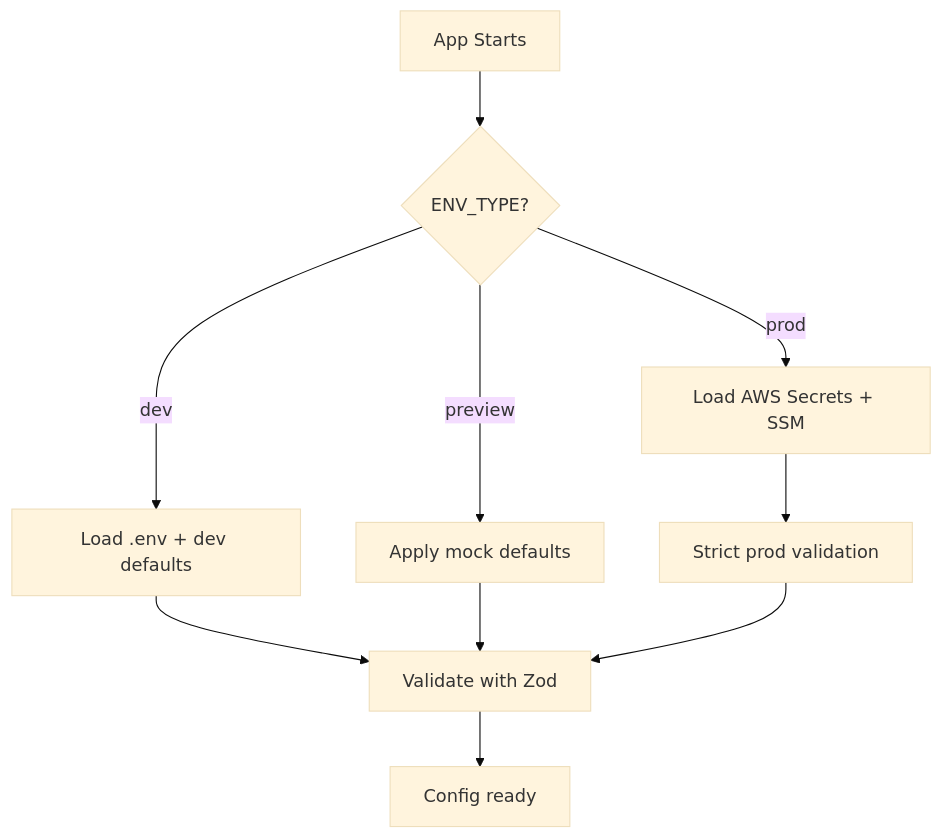
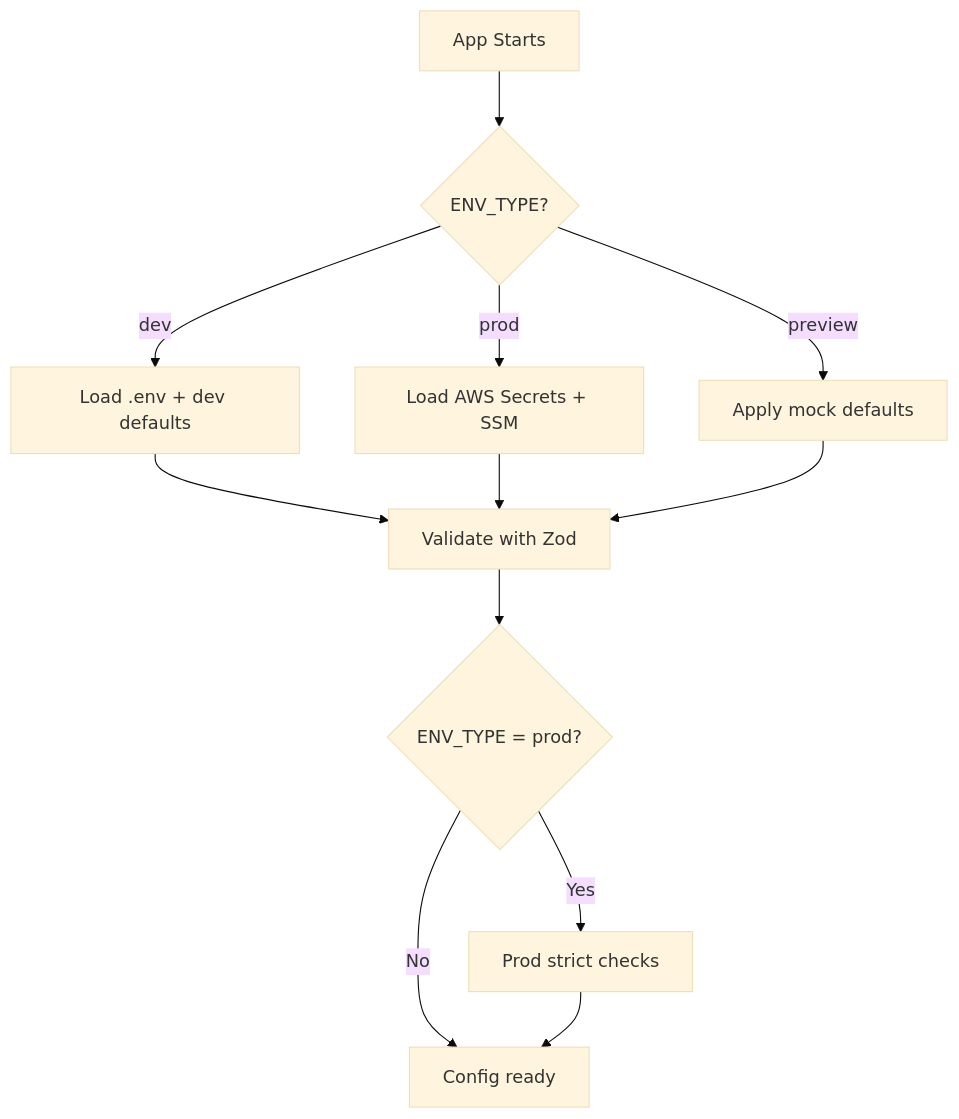
One commit to kunalPisolkar24/detectAI changed the diagram in apps/web/docs/getting-started/configuration.md. Above: the diagram before and after it, drawn with Mermaid (base theme). The commit also changed other lines of this file and 13 other files, not shown here.

````diff
--- a/apps/web/docs/getting-started/configuration.md
+++ b/apps/web/docs/getting-started/configuration.md
@@ -13,12 +23,14 @@
 ```mermaid
 graph TB
     Start[App Starts] --> Resolve{ENV_TYPE?}
     Resolve -->|dev| Dev[Load .env + dev defaults]
     Resolve -->|prod| Prod[Load AWS Secrets + SSM]
     Resolve -->|preview| Preview[Apply mock defaults]
     Dev --> Validate[Validate with Zod]
-    Prod --> Strict[Strict prod validation]
+    Prod --> Validate
     Preview --> Validate
-    Strict --> Validate
-    Validate --> Ready[Config ready]
+    Validate --> Strict{ENV_TYPE = prod?}
+    Strict -->|Yes| ProdStrict[Prod strict checks]
+    Strict -->|No| Ready[Config ready]
+    ProdStrict --> Ready
 ```
````
